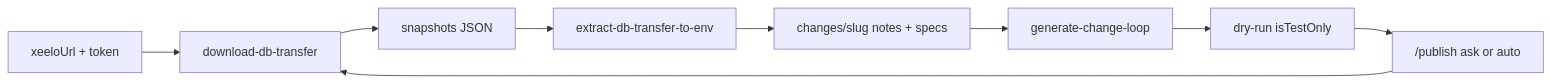
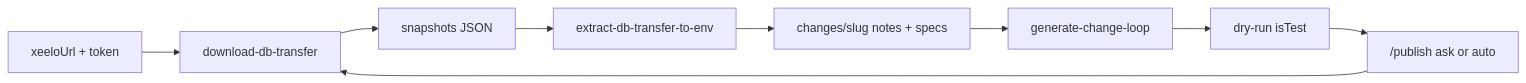
Before and after one commit to IntelStudios/xeelo-skills: the diagram in AGENT.md, drawn with Mermaid. The commit also changed other lines of this file and 16 other files, not shown here.

First line of the commit message:
Upload Object Transfer as JSON in one GraphQL mutation.

````diff
--- a/AGENT.md
+++ b/AGENT.md
@@ -40,11 +40,11 @@
 ```mermaid
 flowchart LR
   Creds["xeeloUrl + token"] --> DL[download-db-transfer]
   DL --> Snap[snapshots JSON]
   Snap --> Env[extract-db-transfer-to-env]
   Env --> Loop[changes/slug notes + specs]
   Loop --> OT[generate-change-loop]
-  OT --> Test["dry-run isTestOnly"]
+  OT --> Test["dry-run isTest"]
   Test --> Pub["/publish ask or auto"]
   Pub --> DL
 ```
````
